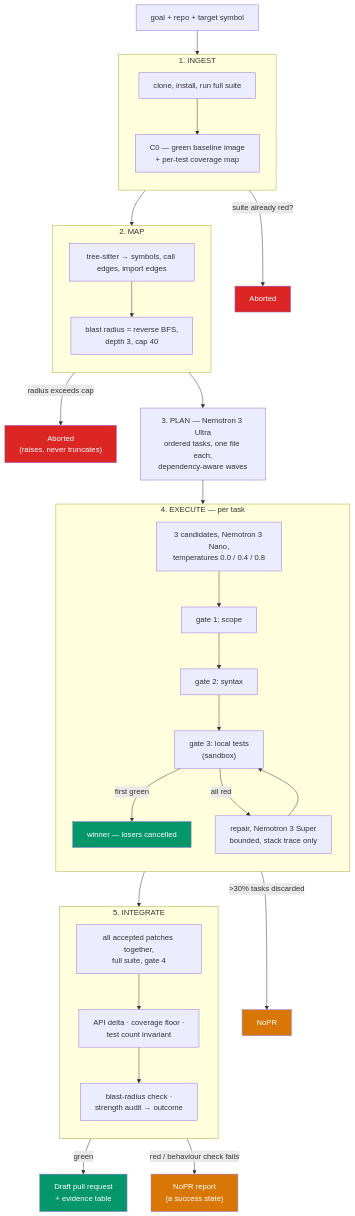
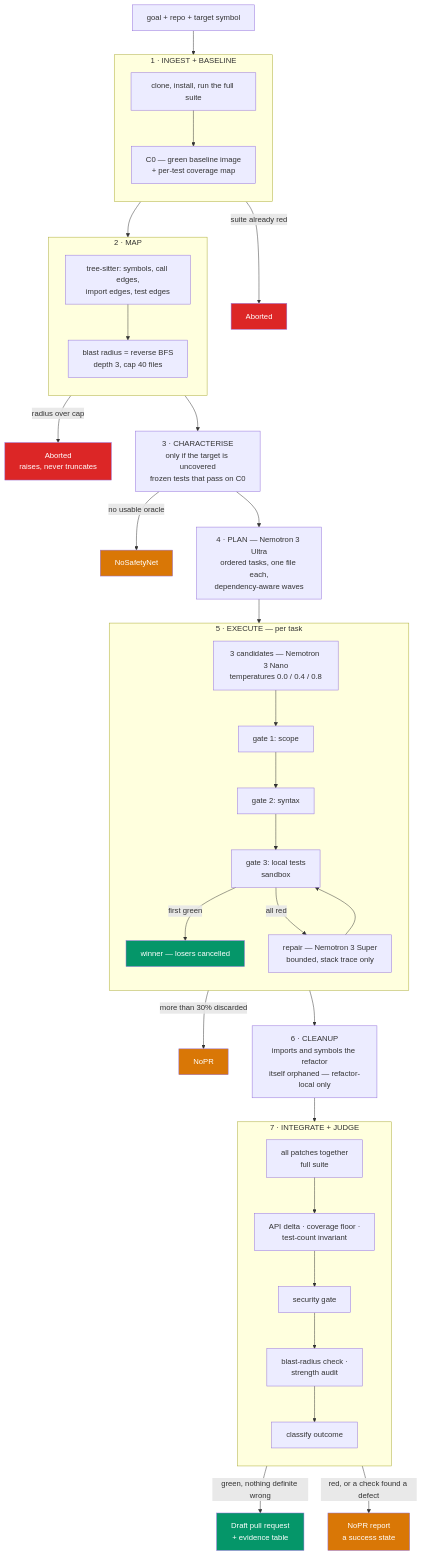
Before and after one commit to BugHunterX2101/AMTDRS: the third of 5 diagrams in README.md, drawn with Mermaid. The commit also changed other lines of this file, not shown here.

````diff
--- a/README.md
+++ b/README.md
@@ -233,47 +220,55 @@
 ```mermaid
 flowchart TD
     G["goal + repo + target symbol"] --> ING
-    subgraph ING["1. INGEST"]
+
+    subgraph ING["1 · INGEST + BASELINE"]
         direction TB
-        I1["clone, install, run full suite"] --> I2["C0 — green baseline image\n+ per-test coverage map"]
+        I1["clone, install, run the full suite"] --> I2["C0 — green baseline image<br/>+ per-test coverage map"]
     end
-    ING -->|"suite already red?"| ABORT1["Aborted"]
+    ING -->|"suite already red"| ABORT1["Aborted"]
     ING --> MAP
 
-    subgraph MAP["2. MAP"]
+    subgraph MAP["2 · MAP"]
         direction TB
-        M1["tree-sitter → symbols, call edges, import edges"] --> M2["blast radius = reverse BFS,\ndepth 3, cap 40"]
+        M1["tree-sitter: symbols, call edges,<br/>import edges, test edges"] --> M2["blast radius = reverse BFS<br/>depth 3, cap 40 files"]
     end
-    MAP -->|"radius exceeds cap"| ABORT2["Aborted\n(raises, never truncates)"]
-    MAP --> PLAN
+    MAP -->|"radius over cap"| ABORT2["Aborted<br/>raises, never truncates"]
+    MAP --> CHAR
 
-    PLAN["3. PLAN — Nemotron 3 Ultra\nordered tasks, one file each,\ndependency-aware waves"] --> EXEC
+    CHAR["3 · CHARACTERISE<br/>only if the target is uncovered<br/>frozen tests that pass on C0"] -->|"no usable oracle"| NSN["NoSafetyNet"]
+    CHAR --> PLAN
 
-    subgraph EXEC["4. EXECUTE — per task"]
+    PLAN["4 · PLAN — Nemotron 3 Ultra<br/>ordered tasks, one file each,<br/>dependency-aware waves"] --> EXEC
+
+    subgraph EXEC["5 · EXECUTE — per task"]
         direction TB
-        E0["3 candidates, Nemotron 3 Nano,\ntemperatures 0.0 / 0.4 / 0.8"]
+        E0["3 candidates — Nemotron 3 Nano<br/>temperatures 0.0 / 0.4 / 0.8"]
         E0 --> EG1["gate 1: scope"]
         EG1 --> EG2["gate 2: syntax"]
-        EG2 --> EG3["gate 3: local tests\n(sandbox)"]
+        EG2 --> EG3["gate 3: local tests<br/>sandbox"]
         EG3 -->|"first green"| WIN["winner — losers cancelled"]
-        EG3 -->|"all red"| REP["repair, Nemotron 3 Super\nbounded, stack trace only"]
+        EG3 -->|"all red"| REP["repair — Nemotron 3 Super<br/>bounded, stack trace only"]
         REP --> EG3
     end
-    EXEC -->|">30% tasks discarded"| NOPR1["NoPR"]
-    EXEC --> INTEG
+    EXEC -->|"more than 30% discarded"| NOPR1["NoPR"]
+    EXEC --> CLEAN["6 · CLEANUP<br/>imports and symbols the refactor<br/>itself orphaned — refactor-local only"]
+    CLEAN --> INTEG
 
-    subgraph INTEG["5. INTEGRATE"]
+    subgraph INTEG["7 · INTEGRATE + JUDGE"]
         direction TB
-        N1["all accepted patches together,\nfull suite, gate 4"] --> N2["API delta · coverage floor ·\ntest count invariant"]
-        N2 --> N3["blast-radius check ·\nstrength audit → outcome"]
+        N1["all patches together<br/>full suite"] --> N2["API delta · coverage floor ·<br/>test-count invariant"]
+        N2 --> N3["security gate"]
+        N3 --> N4["blast-radius check ·<br/>strength audit"]
+        N4 --> N5["classify outcome"]
     end
-    INTEG -->|"green"| PR["Draft pull request\n+ evidence table"]
-    INTEG -->|"red / behaviour check fails"| NOPR2["NoPR report\n(a success state)"]
+    INTEG -->|"green, nothing definite wrong"| PR["Draft pull request<br/>+ evidence table"]
+    INTEG -->|"red, or a check found a defect"| NOPR2["NoPR report<br/>a success state"]
 
     style ABORT1 fill:#dc2626,color:#fff
     style ABORT2 fill:#dc2626,color:#fff
     style NOPR1 fill:#d97706,color:#fff
     style NOPR2 fill:#d97706,color:#fff
+    style NSN fill:#d97706,color:#fff
     style PR fill:#059669,color:#fff
     style WIN fill:#059669,color:#fff
 ```
````
